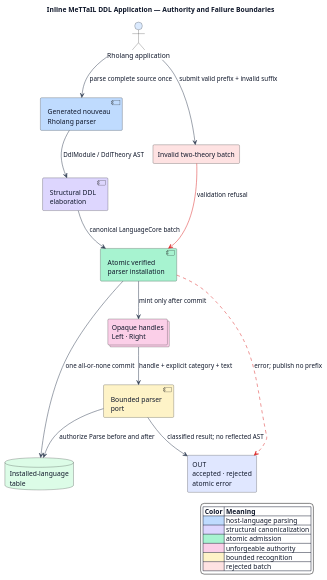
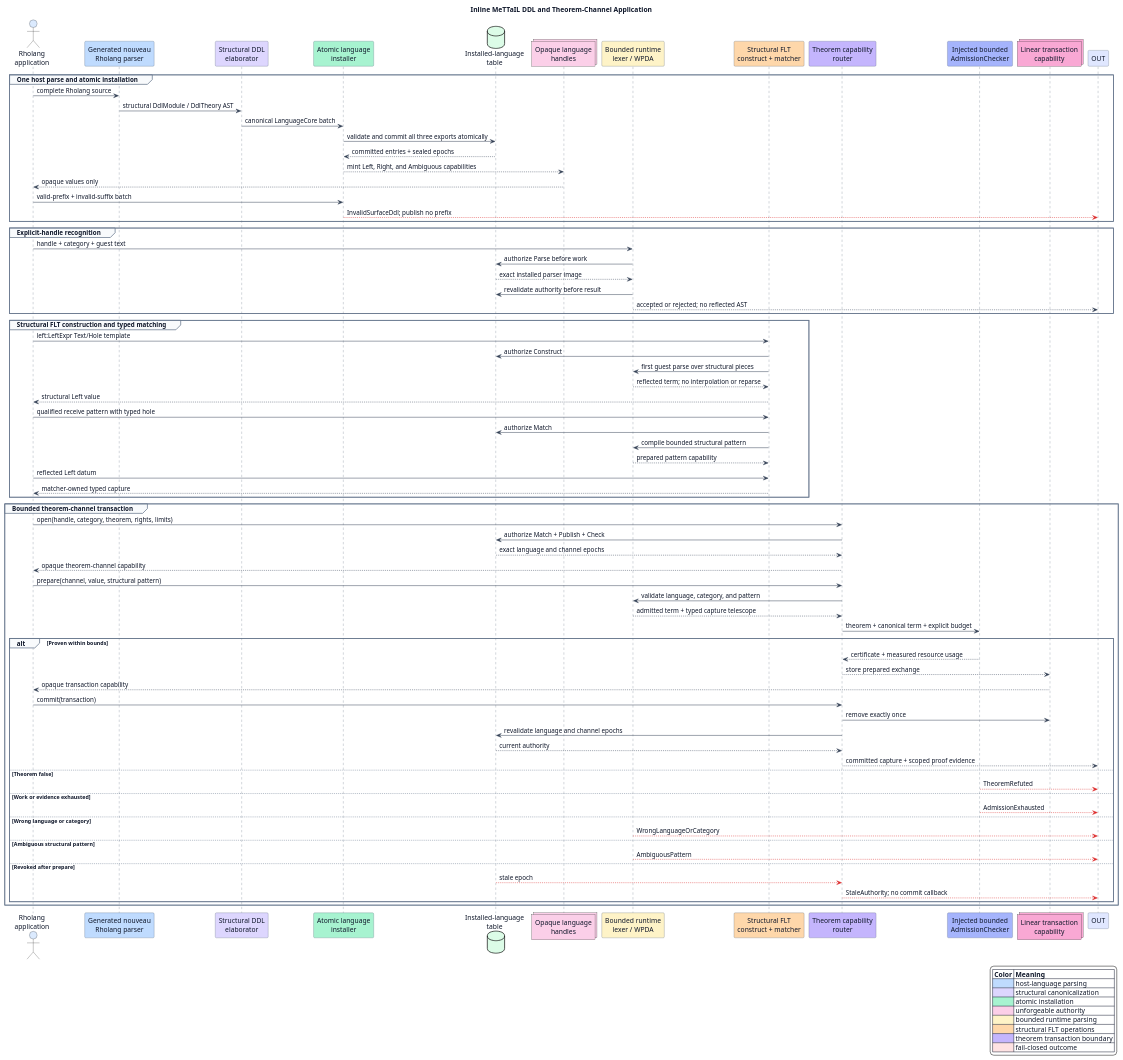
Before and after one commit to F1R3FLY-io/mettail-rust: the diagram in demos/mettail-inline-ddl/diagrams/inline-ddl-flow.puml, drawn with PlantUML. The commit also changed 14 other files, not shown here.

Commit message:
feat(rholang): demonstrate theorem-typed FLT flow

```diff
--- a/demos/mettail-inline-ddl/diagrams/inline-ddl-flow.puml
+++ b/demos/mettail-inline-ddl/diagrams/inline-ddl-flow.puml
@@ -1,40 +1,108 @@
 @startuml
-title Inline MeTTaIL DDL Application — Authority and Failure Boundaries
+title Inline MeTTaIL DDL and Theorem-Channel Application
 
 skinparam backgroundColor #FFFFFF
 skinparam shadowing false
 skinparam ArrowColor #334155
 skinparam defaultFontColor #0F172A
+skinparam sequence {
+  LifeLineBorderColor #475569
+  LifeLineBackgroundColor #F8FAFC
+  ParticipantBorderColor #475569
+  GroupBorderColor #64748B
+  GroupBackgroundColor #F8FAFC
+  GroupHeaderFontColor #0F172A
+}
 
-actor "Rholang application" as app #DBEAFE
-component "Generated nouveau\nRholang parser" as host #BFDBFE
-component "Structural DDL\nelaboration" as ddl #DDD6FE
-component "Atomic verified\nparser installation" as install #A7F3D0
-collections "Opaque handles\nLeft · Right" as handles #FBCFE8
-component "Bounded parser\nport" as parser #FEF3C7
+actor "Rholang\napplication" as app #DBEAFE
+participant "Generated nouveau\nRholang parser" as host #BFDBFE
+participant "Structural DDL\nelaborator" as ddl #DDD6FE
+participant "Atomic language\ninstaller" as install #A7F3D0
 database "Installed-language\ntable" as table #DCFCE7
-rectangle "OUT\naccepted · rejected\natomic error" as out #E0E7FF
-rectangle "Invalid two-theory batch" as invalid #FEE2E2
+collections "Opaque language\nhandles" as handles #FBCFE8
+participant "Bounded runtime\nlexer / WPDA" as wpda #FEF3C7
+participant "Structural FLT\nconstruct + matcher" as flt #FED7AA
+participant "Theorem capability\nrouter" as theorem #C4B5FD
+participant "Injected bounded\nAdmissionChecker" as checker #A5B4FC
+collections "Linear transaction\ncapability" as transaction #F9A8D4
+participant "OUT" as out #E0E7FF
 
-app --> host : parse complete source once
-host --> ddl : DdlModule / DdlTheory AST
-ddl --> install : canonical LanguageCore batch
-install --> table : one all-or-none commit
-install --> handles : mint only after commit
-handles --> parser : handle + explicit category + text
-parser --> table : authorize Parse before and after
-parser --> out : classified result; no reflected AST
-app --> invalid : submit valid prefix + invalid suffix
-invalid -[#DC2626]-> install : validation refusal
-install -[#DC2626,dashed]-> out : error; publish no prefix
+group One host parse and atomic installation
+  app -> host : complete Rholang source
+  host -> ddl : structural DdlModule / DdlTheory AST
+  ddl -> install : canonical LanguageCore batch
+  install -> table : validate and commit all three exports atomically
+  table --> install : committed entries + sealed epochs
+  install --> handles : mint Left, Right, and Ambiguous capabilities
+  handles --> app : opaque values only
+  app -> install : valid-prefix + invalid-suffix batch
+  install -[#DC2626]-> out : InvalidSurfaceDdl; publish no prefix
+end
+
+group Explicit-handle recognition
+  app -> wpda : handle + category + guest text
+  wpda -> table : authorize Parse before work
+  table --> wpda : exact installed parser image
+  wpda -> table : revalidate authority before result
+  wpda --> out : accepted or rejected; no reflected AST
+end
+
+group Structural FLT construction and typed matching
+  app -> flt : left:LeftExpr Text/Hole template
+  flt -> table : authorize Construct
+  flt -> wpda : first guest parse over structural pieces
+  wpda --> flt : reflected term; no interpolation or reparse
+  flt --> app : structural Left value
+  app -> flt : qualified receive pattern with typed hole
+  flt -> table : authorize Match
+  flt -> wpda : compile bounded structural pattern
+  wpda --> flt : prepared pattern capability
+  app -> flt : reflected Left datum
+  flt --> app : matcher-owned typed capture
+end
+
+group Bounded theorem-channel transaction
+  app -> theorem : open(handle, category, theorem, rights, limits)
+  theorem -> table : authorize Match + Publish + Check
+  table --> theorem : exact language and channel epochs
+  theorem --> app : opaque theorem-channel capability
+  app -> theorem : prepare(channel, value, structural pattern)
+  theorem -> wpda : validate language, category, and pattern
+  wpda --> theorem : admitted term + typed capture telescope
+  theorem -> checker : theorem + canonical term + explicit budget
+
+  alt Proven within bounds
+    checker --> theorem : certificate + measured resource usage
+    theorem --> transaction : store prepared exchange
+    transaction --> app : opaque transaction capability
+    app -> theorem : commit(transaction)
+    theorem -> transaction : remove exactly once
+    theorem -> table : revalidate language and channel epochs
+    table --> theorem : current authority
+    theorem --> out : committed capture + scoped proof evidence
+  else Theorem false
+    checker -[#DC2626]-> out : TheoremRefuted
+  else Work or evidence exhausted
+    checker -[#DC2626]-> out : AdmissionExhausted
+  else Wrong language or category
+    wpda -[#DC2626]-> out : WrongLanguageOrCategory
+  else Ambiguous structural pattern
+    wpda -[#DC2626]-> out : AmbiguousPattern
+  else Revoked after prepare
+    table -[#DC2626]-> theorem : stale epoch
+    theorem -[#DC2626]-> out : StaleAuthority; no commit callback
+  end
+end
 
 legend right
   |= Color |= Meaning |
   |<#BFDBFE>| host-language parsing |
   |<#DDD6FE>| structural canonicalization |
-  |<#A7F3D0>| atomic admission |
+  |<#A7F3D0>| atomic installation |
   |<#FBCFE8>| unforgeable authority |
-  |<#FEF3C7>| bounded recognition |
-  |<#FEE2E2>| rejected batch |
+  |<#FEF3C7>| bounded runtime parsing |
+  |<#FED7AA>| structural FLT operations |
+  |<#C4B5FD>| theorem transaction boundary |
+  |<#FEE2E2>| fail-closed outcome |
 endlegend
 @enduml
```
